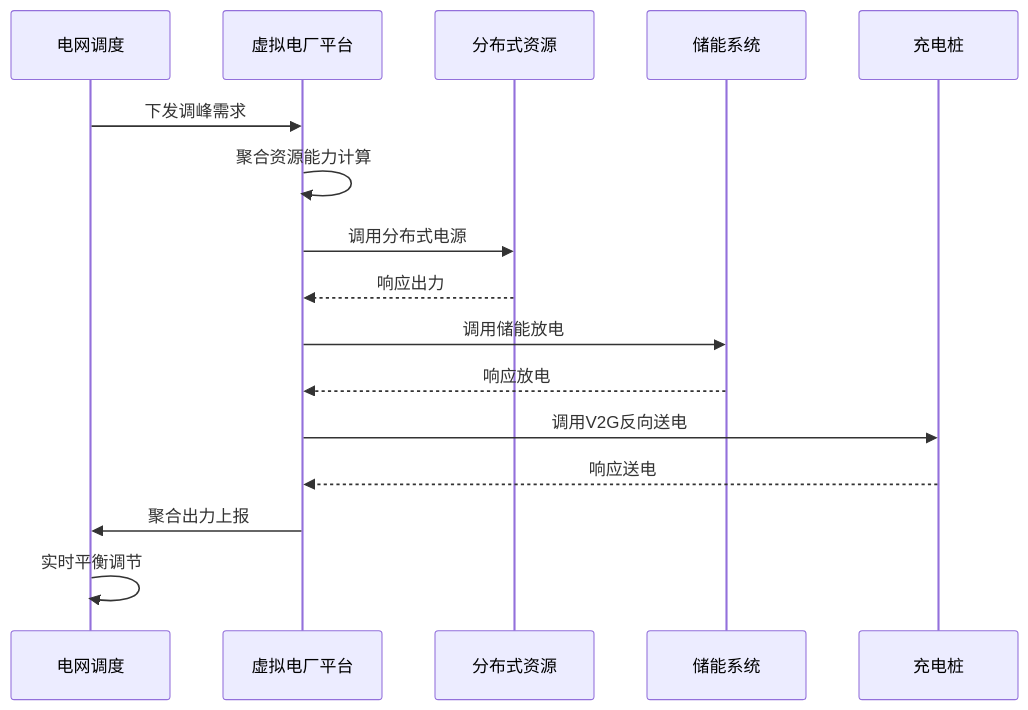
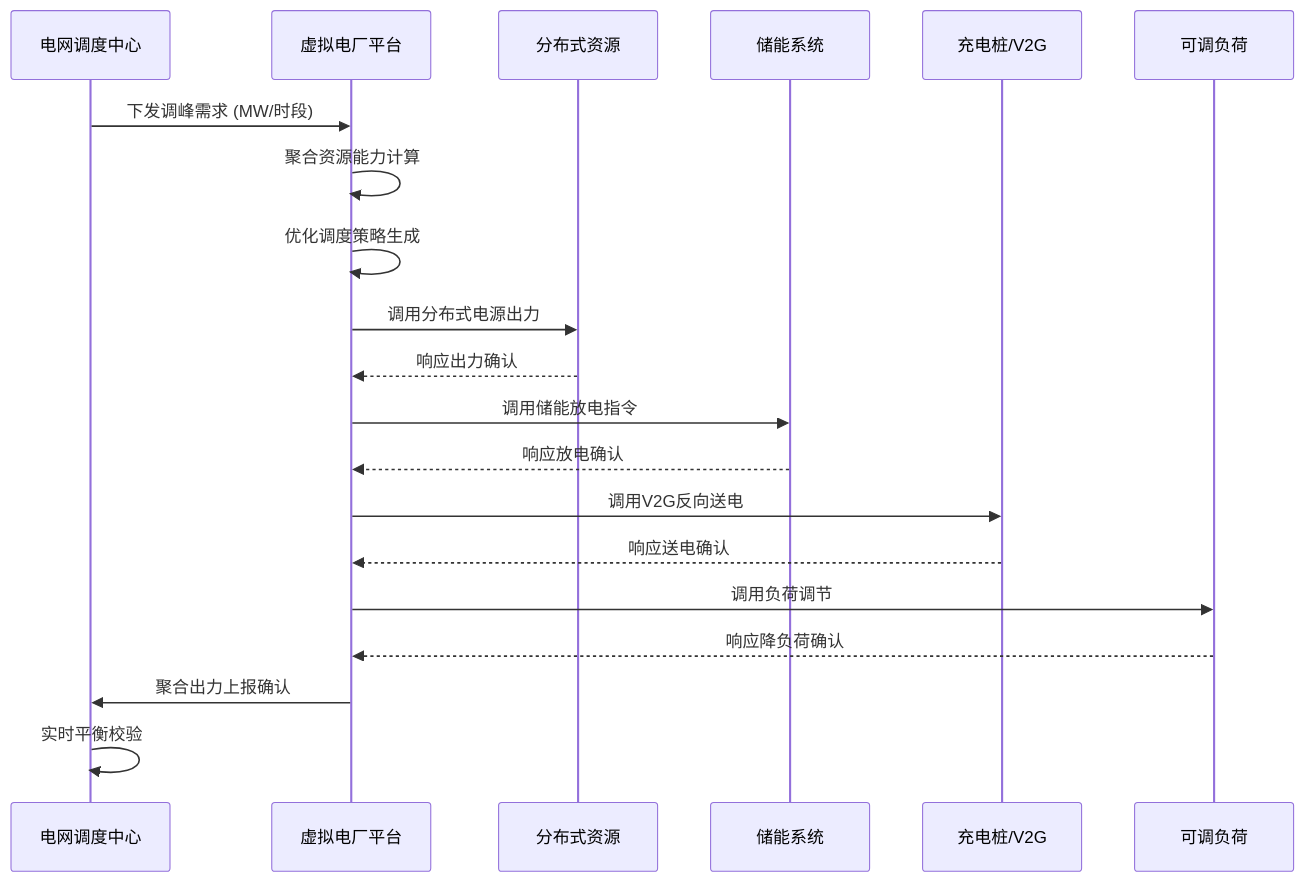
One commit to kudig-io/kudig-database changed the second of 4 diagrams in topic-application-architecture/61-smart-grid.md. Above: the diagram before and after it, drawn with Mermaid. The commit also changed other lines of this file and 8633 other files, not shown here.

````diff
--- a/topic-application-architecture/61-smart-grid.md
+++ b/topic-application-architecture/61-smart-grid.md
@@ -93,19 +178,23 @@
 ```mermaid
 sequenceDiagram
-    participant GRID as 电网调度
+    participant GRID as 电网调度中心
     participant VPP as 虚拟电厂平台
     participant DER as 分布式资源
     participant STORAGE as 储能系统
-    participant EV as 充电桩
+    participant EV as 充电桩/V2G
+    participant LOAD as 可调负荷
 
-    GRID->>VPP: 下发调峰需求
+    GRID->>VPP: 下发调峰需求 (MW/时段)
     VPP->>VPP: 聚合资源能力计算
-    VPP->>DER: 调用分布式电源
-    DER-->>VPP: 响应出力
-    VPP->>STORAGE: 调用储能放电
-    STORAGE-->>VPP: 响应放电
+    VPP->>VPP: 优化调度策略生成
+    VPP->>DER: 调用分布式电源出力
+    DER-->>VPP: 响应出力确认
+    VPP->>STORAGE: 调用储能放电指令
+    STORAGE-->>VPP: 响应放电确认
     VPP->>EV: 调用V2G反向送电
-    EV-->>VPP: 响应送电
-    VPP->>GRID: 聚合出力上报
-    GRID->>GRID: 实时平衡调节
+    EV-->>VPP: 响应送电确认
+    VPP->>LOAD: 调用负荷调节
+    LOAD-->>VPP: 响应降负荷确认
+    VPP->>GRID: 聚合出力上报确认
+    GRID->>GRID: 实时平衡校验
 ```
````
